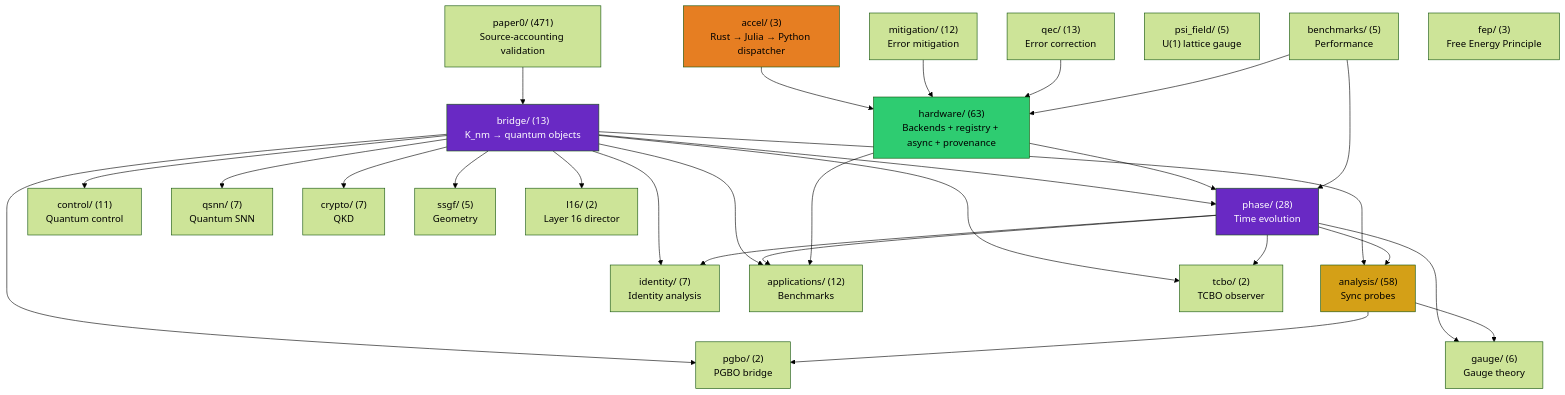
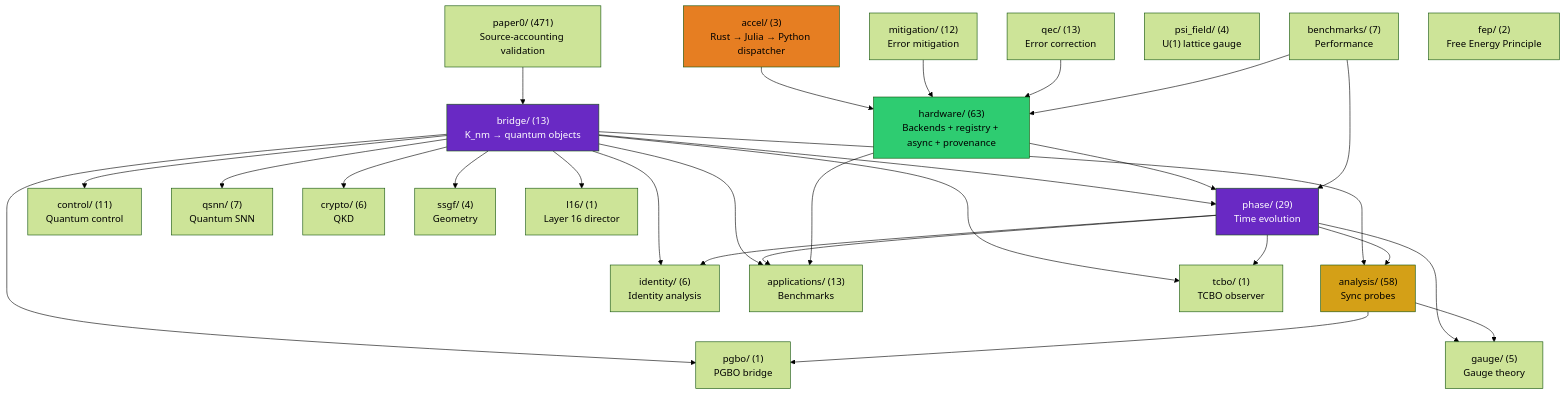
One commit to anulum/scpn-quantum-control changed the first of 4 diagrams in docs/architecture.md. Above: the diagram before and after it, drawn with Mermaid (forest theme). The commit also changed other lines of this file and 18 other files, not shown here.

````diff
--- a/docs/architecture.md
+++ b/docs/architecture.md
@@ -33,57 +33,57 @@
 ```mermaid
 graph TD
     bridge["bridge/ (13)\nK_nm → quantum objects"]
     paper0["paper0/ (471)\nSource-accounting validation"]
-    phase["phase/ (28)\nTime evolution"]
+    phase["phase/ (29)\nTime evolution"]
     analysis["analysis/ (58)\nSync probes"]
     control["control/ (11)\nQuantum control"]
     qsnn["qsnn/ (7)\nQuantum SNN"]
-    identity["identity/ (7)\nIdentity analysis"]
+    identity["identity/ (6)\nIdentity analysis"]
     hardware["hardware/ (63)\nBackends + registry + async + provenance"]
     mitigation["mitigation/ (12)\nError mitigation"]
     qec["qec/ (13)\nError correction"]
-    gauge["gauge/ (6)\nGauge theory"]
-    apps["applications/ (12)\nBenchmarks"]
-    crypto["crypto/ (7)\nQKD"]
-    benchmarks["benchmarks/ (5)\nPerformance"]
-    ssgf["ssgf/ (5)\nGeometry"]
-    psi_field["psi_field/ (5)\nU(1) lattice gauge"]
+    gauge["gauge/ (5)\nGauge theory"]
+    apps["applications/ (13)\nBenchmarks"]
+    crypto["crypto/ (6)\nQKD"]
+    benchmarks["benchmarks/ (7)\nPerformance"]
+    ssgf["ssgf/ (4)\nGeometry"]
+    psi_field["psi_field/ (4)\nU(1) lattice gauge"]
     accel["accel/ (3)\nRust → Julia → Python dispatcher"]
-    fep["fep/ (3)\nFree Energy Principle"]
-    tcbo["tcbo/ (2)\nTCBO observer"]
-    pgbo["pgbo/ (2)\nPGBO bridge"]
-    l16["l16/ (2)\nLayer 16 director"]
+    fep["fep/ (2)\nFree Energy Principle"]
+    tcbo["tcbo/ (1)\nTCBO observer"]
+    pgbo["pgbo/ (1)\nPGBO bridge"]
+    l16["l16/ (1)\nLayer 16 director"]
 
     bridge --> phase
     bridge --> analysis
     paper0 --> bridge
     bridge --> control
     bridge --> qsnn
     bridge --> identity
     bridge --> apps
     bridge --> crypto
     bridge --> ssgf
     phase --> analysis
     phase --> identity
     phase --> apps
     phase --> gauge
     analysis --> gauge
     hardware --> phase
     hardware --> apps
     accel --> hardware
     mitigation --> hardware
     qec --> hardware
     benchmarks --> phase
     benchmarks --> hardware
     bridge --> tcbo
     bridge --> pgbo
     bridge --> l16
     phase --> tcbo
     analysis --> pgbo
 
     style bridge fill:#6929C4,color:#fff
     style analysis fill:#d4a017,color:#000
     style phase fill:#6929C4,color:#fff
     style hardware fill:#2ecc71,color:#000
     style accel fill:#e67e22,color:#000
 ```
````
